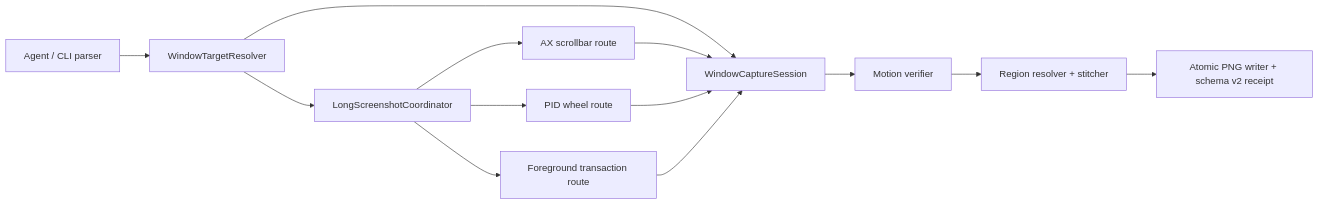
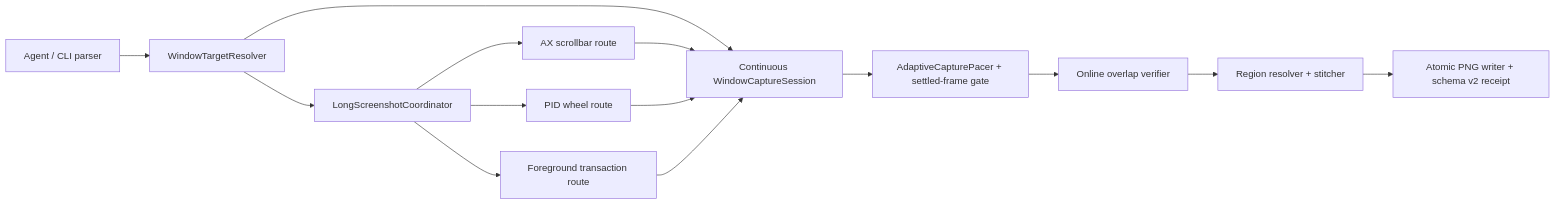
One commit to kohoj/longview changed the first of 2 diagrams in docs/architecture.md. Above: the diagram before and after it, drawn with Mermaid. The commit also changed other lines of this file and 16 other files, not shown here.

````diff
--- a/docs/architecture.md
+++ b/docs/architecture.md
@@ -15,15 +15,16 @@
 ```mermaid
 flowchart LR
     A["Agent / CLI parser"] --> B["WindowTargetResolver"]
-    B --> C["WindowCaptureSession"]
+    B --> C["Continuous WindowCaptureSession"]
     B --> D["LongScreenshotCoordinator"]
     D --> E["AX scrollbar route"]
     D --> F["PID wheel route"]
     D --> G["Foreground transaction route"]
     E --> C
     F --> C
     G --> C
-    C --> H["Motion verifier"]
-    H --> I["Region resolver + stitcher"]
-    I --> J["Atomic PNG writer + schema v2 receipt"]
+    C --> H["AdaptiveCapturePacer + settled-frame gate"]
+    H --> I["Online overlap verifier"]
+    I --> J["Region resolver + stitcher"]
+    J --> K["Atomic PNG writer + schema v2 receipt"]
 ```
````
